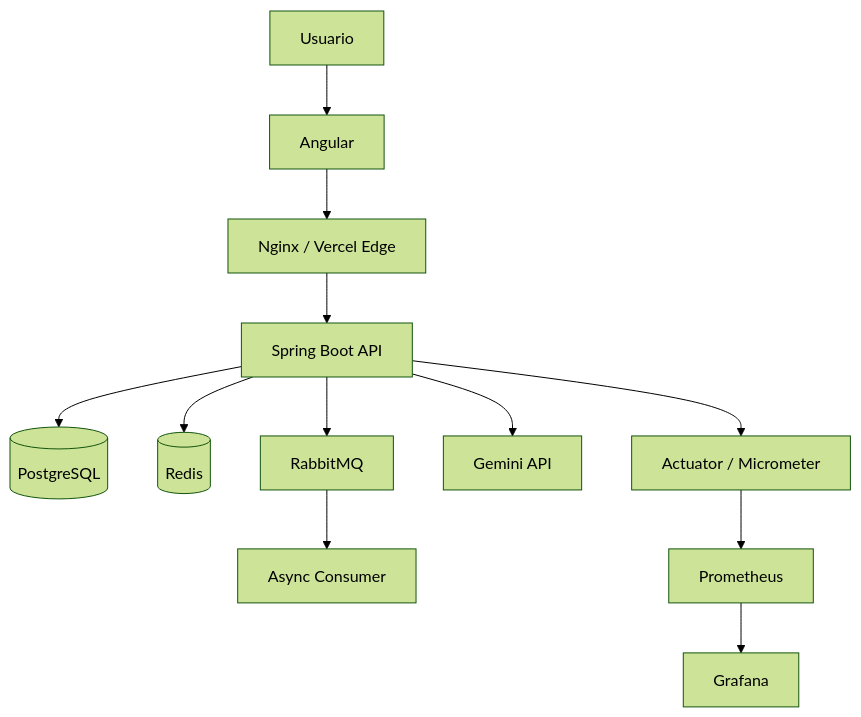
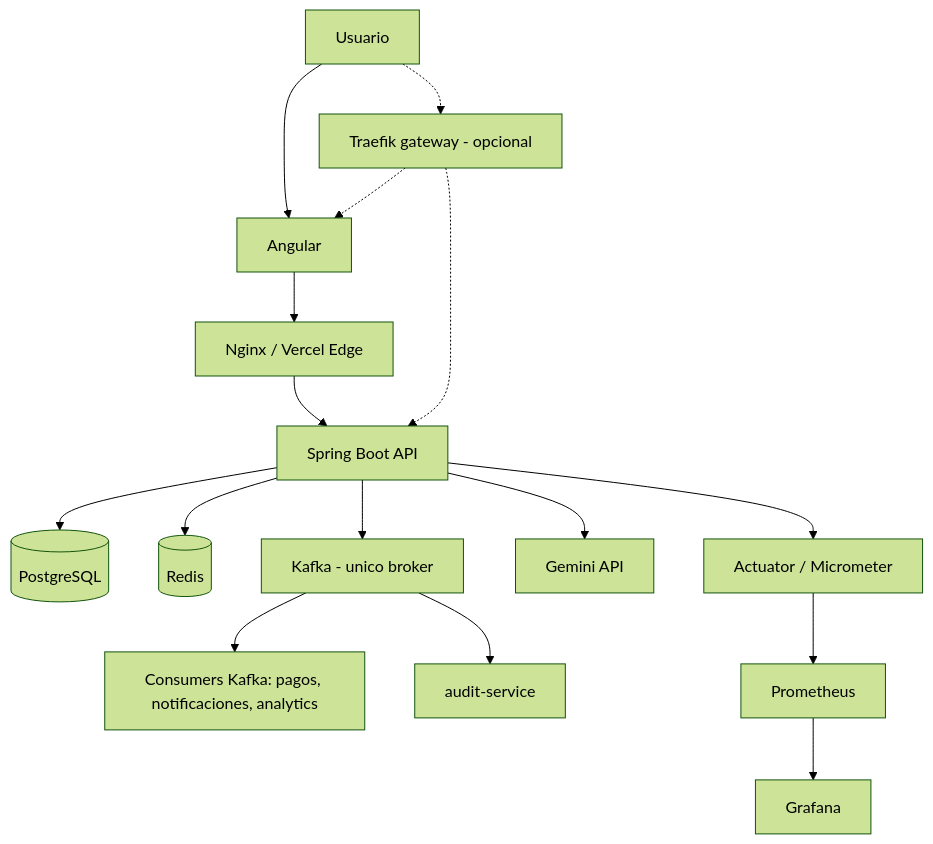
The diagram in docs/architecture/architecture.mmd (Danilo-Doria/SkillBridge-AI-JAVA-Angular), drawn with Mermaid (forest theme) before and after one commit. The commit also changed 350 other files, not shown here.

```diff
--- a/docs/architecture/architecture.mmd
+++ b/docs/architecture/architecture.mmd
@@ -1,12 +1,16 @@
 flowchart TD
     U[Usuario] --> FE[Angular]
+    U -.-> GW[Traefik gateway - opcional]
+    GW -.-> FE
+    GW -.-> API
     FE --> NX[Nginx / Vercel Edge]
     NX --> API[Spring Boot API]
     API --> PG[(PostgreSQL)]
     API --> RD[(Redis)]
-    API --> MQ[RabbitMQ]
+    API --> K[Kafka - unico broker]
     API --> AI[Gemini API]
-    MQ --> C[Async Consumer]
+    K --> C[Consumers Kafka: pagos, notificaciones, analytics]
+    K --> AUD[audit-service]
     API --> ACT[Actuator / Micrometer]
     ACT --> PR[Prometheus]
     PR --> GF[Grafana]
```
